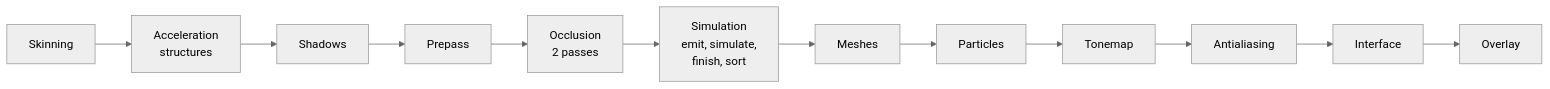
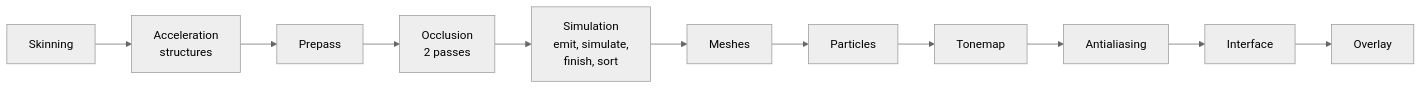
One commit to SBXdev3D/daidalos-engine-next changed the ninth of 12 diagrams in docs/ARCHITECTURE.md. Above: the diagram before and after it, drawn with Mermaid (neutral theme). The commit also changed other lines of this file and 6 other files, not shown here.

````diff
--- a/docs/ARCHITECTURE.md
+++ b/docs/ARCHITECTURE.md
@@ -196,4 +195,4 @@
 ```mermaid
 flowchart LR
-    SK["Skinning"] --> AS["Acceleration<br/>structures"] --> SH["Shadows"] --> PP["Prepass"] --> OC["Occlusion<br/>2 passes"] --> SI["Simulation<br/>emit, simulate,<br/>finish, sort"] --> ME["Meshes"] --> PA["Particles"] --> TO["Tonemap"] --> AA["Antialiasing"] --> UI["Interface"] --> OV["Overlay"]
+    SK["Skinning"] --> AS["Acceleration<br/>structures"] --> PP["Prepass"] --> OC["Occlusion<br/>2 passes"] --> SI["Simulation<br/>emit, simulate,<br/>finish, sort"] --> ME["Meshes"] --> PA["Particles"] --> TO["Tonemap"] --> AA["Antialiasing"] --> UI["Interface"] --> OV["Overlay"]
 ```
````
